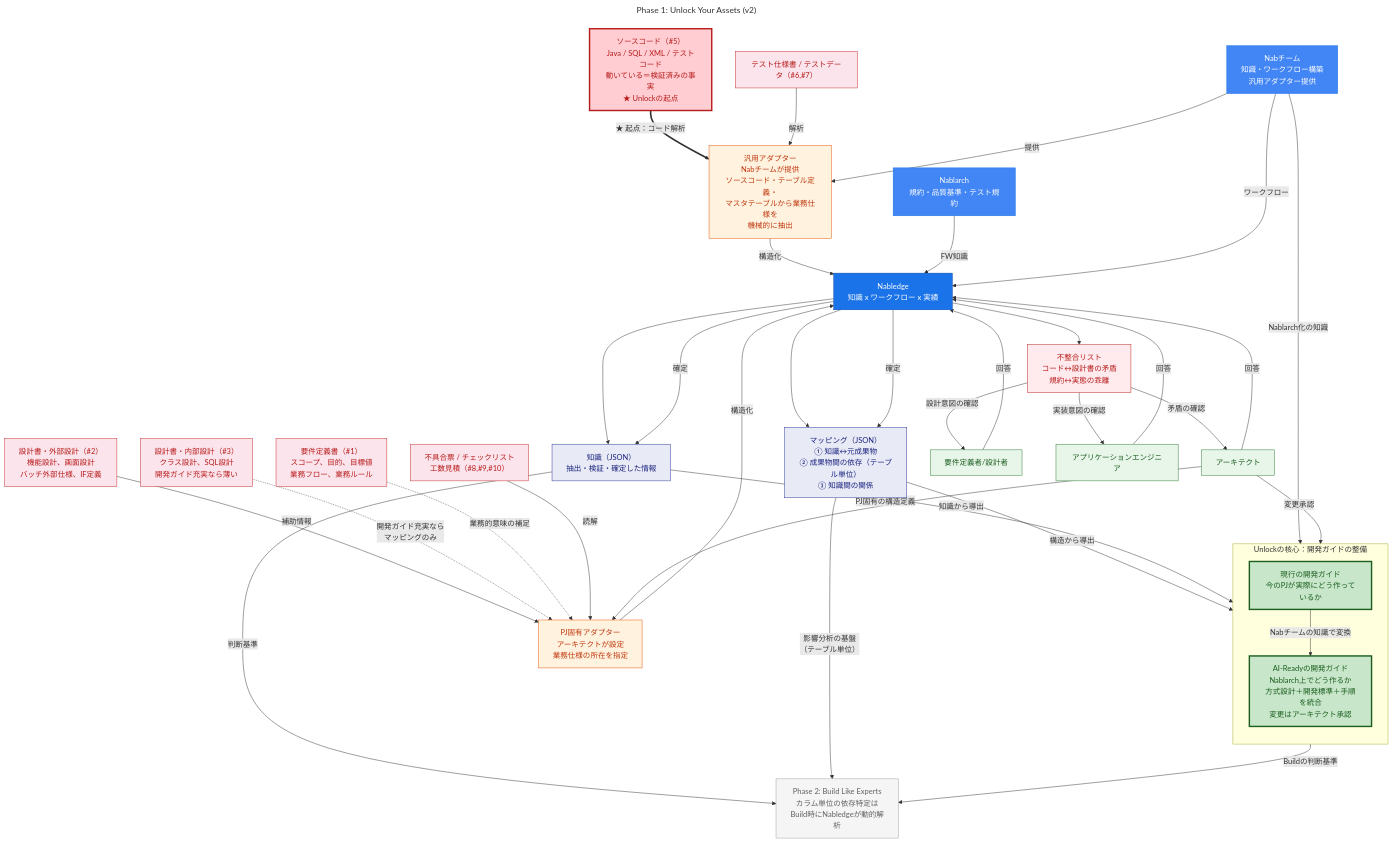
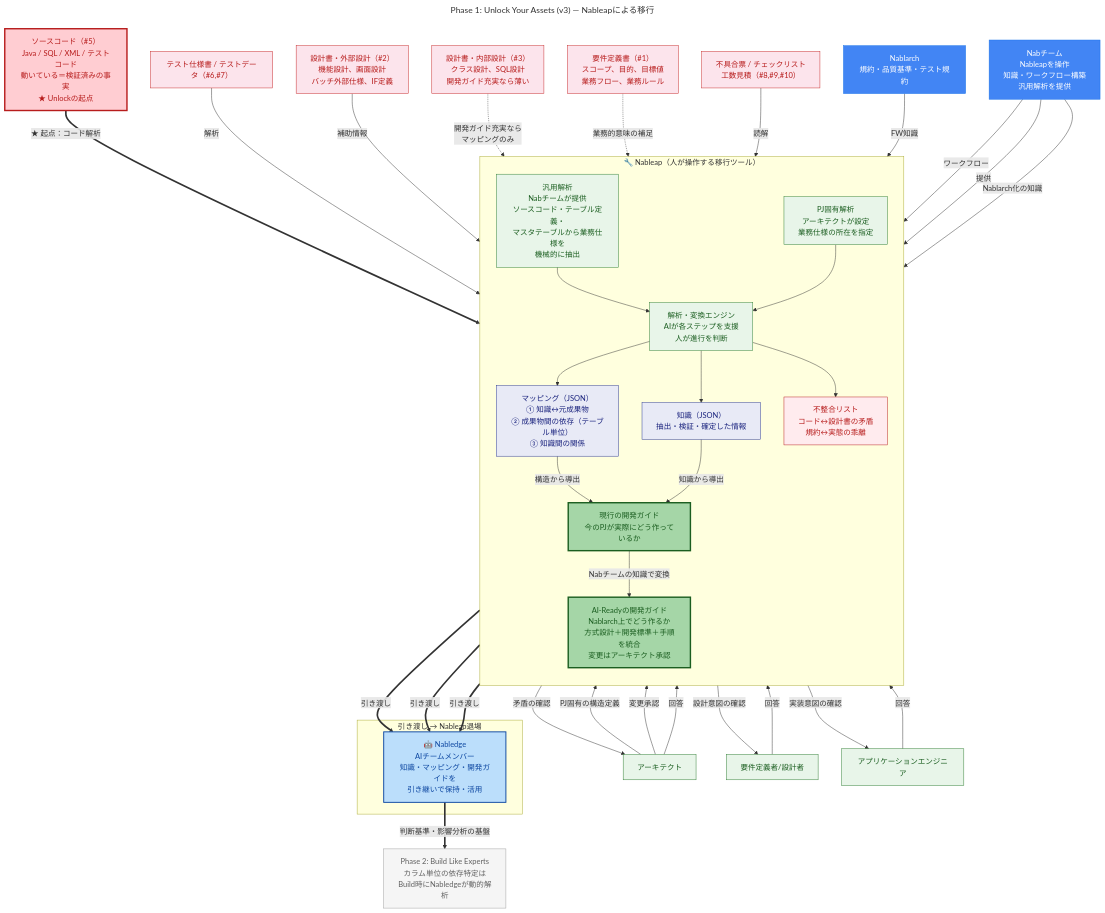
The diagram in doc/grand-design/nabledge_unlock.md (nablarch/nabledge-dev), drawn with Mermaid before and after one commit. The commit also changed other lines of this file, not shown here.

Commit message:
Update Unlock diagram to v3 with Nableap migration tool
Major changes from v2 to v3:
- Introduce Nableap as migration tool (人が操作する移行ツール)
- Replace PJアダプター with two analysis modes:
  - 汎用解析 (generic analysis by Nab team)
  - PJ固有解析 (project-specific analysis by architect)
- Add handoff phase: Nableap → Nabledge
- Nableap exits after handoff, Nabledge continues to Build phase
- Update color scheme: green for Nableap, blue for Nabledge
- Add step 6-7: handoff and transition to Build phase

Key concept: Nableap is a temporary migration tool operated by humans,
which hands off knowledge/mapping/guide to Nabledge (AI team member).

````diff
--- a/doc/grand-design/nabledge_unlock.md
+++ b/doc/grand-design/nabledge_unlock.md
@@ -26,13 +26,35 @@
 ```mermaid
 ---
-title: "Phase 1: Unlock Your Assets (v2)"
+title: "Phase 1: Unlock Your Assets (v3) — Nableapによる移行"
 ---
 graph TB
-  %% ===== Unlockの核心：開発ガイド整備 =====
-  subgraph CORE["Unlockの核心：開発ガイドの整備"]
+  %% ===== Nableap全体 =====
+  subgraph NABLEAP["🔧 Nableap（人が操作する移行ツール）"]
     direction TB
+
+    %% ===== 2つの解析モード =====
+    AD_GEN["汎用解析<br/>Nabチームが提供<br/>ソースコード・テーブル定義・<br/>マスタテーブルから業務仕様を<br/>機械的に抽出"]
+    AD_PJ["PJ固有解析<br/>アーキテクトが設定<br/>業務仕様の所在を指定"]
+
+    %% ===== 出力生成 =====
+    PROC["解析・変換エンジン<br/>AIが各ステップを支援<br/>人が進行を判断"]
+
+    %% ===== Nableapの出力（3種） =====
+    KNOWLEDGE["知識（JSON）<br/>抽出・検証・確定した情報"]
+    MAPPING["マッピング（JSON）<br/>① 知識↔元成果物<br/>② 成果物間の依存（テーブル単位）<br/>③ 知識間の関係"]
+    GAPS["不整合リスト<br/>コード↔設計書の矛盾<br/>規約↔実態の乖離"]
+
+    %% ===== 核心：開発ガイド整備 =====
     GUIDE_AS_IS["現行の開発ガイド<br/>今のPJが実際にどう作っているか"]
     GUIDE_AI["AI-Readyの開発ガイド<br/>Nablarch上でどう作るか<br/>方式設計＋開発標準＋手順を統合<br/>変更はアーキテクト承認"]
+
+    AD_GEN --> PROC
+    AD_PJ --> PROC
+    PROC --> KNOWLEDGE
+    PROC --> MAPPING
+    PROC --> GAPS
+    MAPPING -->|"構造から導出"| GUIDE_AS_IS
+    KNOWLEDGE -->|"知識から導出"| GUIDE_AS_IS
     GUIDE_AS_IS -->|"Nabチームの知識で変換"| GUIDE_AI
   end
 
@@ -46,54 +68,36 @@
   TEST["テスト仕様書 / テストデータ（#6,#7）"]
   OTHER["不具合票 / チェックリスト<br/>工数見積（#8,#9,#10）"]
 
-  %% ===== PJアダプター（2層） =====
-  AD_GEN["汎用アダプター<br/>Nabチームが提供<br/>ソースコード・テーブル定義・<br/>マスタテーブルから業務仕様を<br/>機械的に抽出"]
-  AD_PJ["PJ固有アダプター<br/>アーキテクトが設定<br/>業務仕様の所在を指定"]
-
-  %% ===== Nabledge =====
-  NE["Nabledge<br/>知識 x ワークフロー x 実績"]
-
-  %% ===== Unlockの出力（3種） =====
-  KNOWLEDGE["知識（JSON）<br/>抽出・検証・確定した情報"]
-  MAPPING["マッピング（JSON）<br/>① 知識↔元成果物<br/>② 成果物間の依存（テーブル単位）<br/>③ 知識間の関係"]
-  GAPS["不整合リスト<br/>コード↔設計書の矛盾<br/>規約↔実態の乖離"]
-
   %% ===== 知識供給 =====
   NAB["Nablarch<br/>規約・品質基準・テスト規約"]
-  TEAM["Nabチーム<br/>知識・ワークフロー構築<br/>汎用アダプター提供"]
+  TEAM["Nabチーム<br/>Nableapを操作<br/>知識・ワークフロー構築<br/>汎用解析を提供"]
 
   %% ===== ロール =====
   ARCH["アーキテクト"]
   DESIGNER["要件定義者/設計者"]
   APPENG["アプリケーションエンジニア"]
 
+  %% ===== 引き渡し先 =====
+  subgraph HANDOFF["引き渡し → Nableap退場"]
+    NABLEDGE["🤖 Nabledge<br/>AIチームメンバー<br/>知識・マッピング・開発ガイドを<br/>引き継いで保持・活用"]
+  end
+
   %% ===== Buildへの接続 =====
   BUILD["Phase 2: Build Like Experts<br/>カラム単位の依存特定は<br/>Build時にNabledgeが動的解析"]
 
-  %% ===== ソースコード → 汎用アダプター（起点） =====
+  %% ===== ソースコード → 汎用解析（起点） =====
   CODE ==>|"★ 起点：コード解析"| AD_GEN
   TEST -->|"解析"| AD_GEN
 
-  %% ===== 補助情報 → PJ固有アダプター =====
+  %% ===== 補助情報 → PJ固有解析 =====
   DESIGN_EXT -->|"補助情報"| AD_PJ
   DESIGN_INT -.->|"開発ガイド充実なら<br/>マッピングのみ"| AD_PJ
   REQ -.->|"業務的意味の補足"| AD_PJ
   OTHER -->|"読解"| AD_PJ
 
-  %% ===== アダプター → Nabledge → 出力 =====
-  AD_GEN -->|"構造化"| NE
-  AD_PJ -->|"構造化"| NE
-  NE --> KNOWLEDGE
-  NE --> MAPPING
-  NE --> GAPS
-
-  %% ===== 構造把握 → 開発ガイド導出 =====
-  MAPPING -->|"構造から導出"| GUIDE_AS_IS
-  KNOWLEDGE -->|"知識から導出"| GUIDE_AS_IS
-
   %% ===== 知識供給 =====
-  NAB -->|"FW知識"| NE
-  TEAM -->|"ワークフロー"| NE
+  NAB -->|"FW知識"| PROC
+  TEAM -->|"ワークフロー"| PROC
   TEAM -->|"提供"| AD_GEN
   TEAM -->|"Nablarch化の知識"| GUIDE_AI
   ARCH -->|"PJ固有の構造定義"| AD_PJ
@@ -103,39 +107,41 @@
   GAPS -->|"矛盾の確認"| ARCH
   GAPS -->|"設計意図の確認"| DESIGNER
   GAPS -->|"実装意図の確認"| APPENG
-  ARCH -->|"回答"| NE
-  DESIGNER -->|"回答"| NE
-  APPENG -->|"回答"| NE
+  ARCH -->|"回答"| PROC
+  DESIGNER -->|"回答"| PROC
+  APPENG -->|"回答"| PROC
 
-  %% ===== 対話結果の反映 =====
-  NE -->|"確定"| KNOWLEDGE
-  NE -->|"確定"| MAPPING
+  %% ===== Nableapの出力 → Nabledgeに引き渡し =====
+  GUIDE_AI ==>|"引き渡し"| NABLEDGE
+  KNOWLEDGE ==>|"引き渡し"| NABLEDGE
+  MAPPING ==>|"引き渡し"| NABLEDGE
 
-  %% ===== Buildへの接続 =====
-  GUIDE_AI -->|"Buildの判断基準"| BUILD
-  KNOWLEDGE -->|"判断基準"| BUILD
-  MAPPING -->|"影響分析の基盤<br/>（テーブル単位）"| BUILD
+  %% ===== Nabledge → Buildへ =====
+  NABLEDGE ==>|"判断基準・影響分析の基盤"| BUILD
 
   %% ===== スタイル =====
+  classDef nableap fill:#c8e6c9,stroke:#1b5e20,color:#1b5e20,stroke-width:2px
+  classDef nableap_inner fill:#e8f5e9,stroke:#2e7d32,color:#1b5e20
   classDef core fill:#1a73e8,stroke:#0d47a1,color:#fff
   classDef base fill:#4285f4,stroke:#1a73e8,color:#fff
   classDef asset fill:#fce4ec,stroke:#c62828,color:#b71c1c
   classDef asset_main fill:#ffcdd2,stroke:#b71c1c,color:#b71c1c,stroke-width:3px
-  classDef adapter fill:#fff3e0,stroke:#e65100,color:#bf360c
   classDef output fill:#e8eaf6,stroke:#283593,color:#1a237e
   classDef gap fill:#ffebee,stroke:#b71c1c,color:#b71c1c
   classDef dev fill:#e8f5e9,stroke:#2e7d32,color:#1b5e20
   classDef next fill:#f5f5f5,stroke:#9e9e9e,color:#616161
-  classDef guide fill:#c8e6c9,stroke:#1b5e20,color:#1b5e20,stroke-width:3px
+  classDef guide fill:#a5d6a7,stroke:#1b5e20,color:#1b5e20,stroke-width:3px
+  classDef handoff fill:#bbdefb,stroke:#0d47a1,color:#0d47a1,stroke-width:2px
 
-  class NE core
+  class PROC nableap_inner
+  class AD_GEN,AD_PJ nableap_inner
   class NAB,TEAM base
   class DESIGN_EXT,DESIGN_INT,REQ,TEST,OTHER asset
   class CODE asset_main
-  class AD_GEN,AD_PJ adapter
   class KNOWLEDGE,MAPPING output
   class GAPS gap
   class ARCH,DESIGNER,APPENG dev
   class BUILD next
   class GUIDE_AS_IS,GUIDE_AI guide
+  class NABLEDGE handoff
 ```
````
